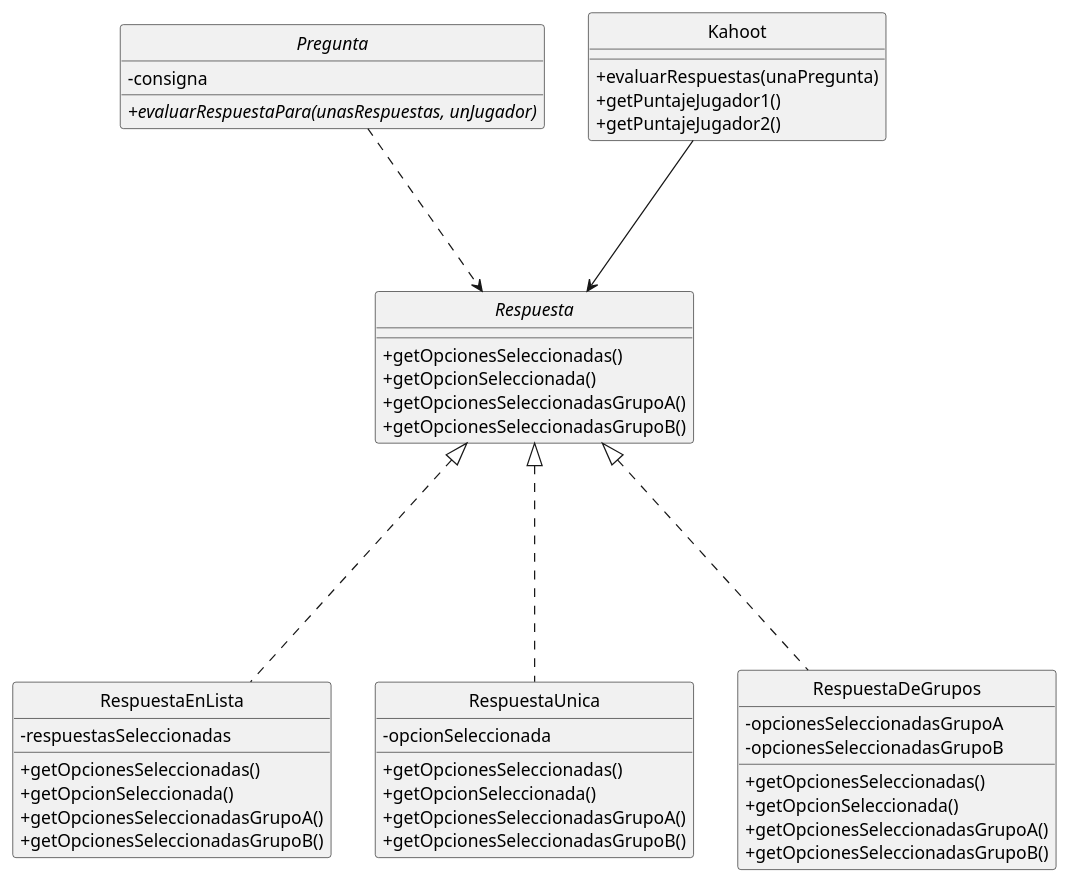
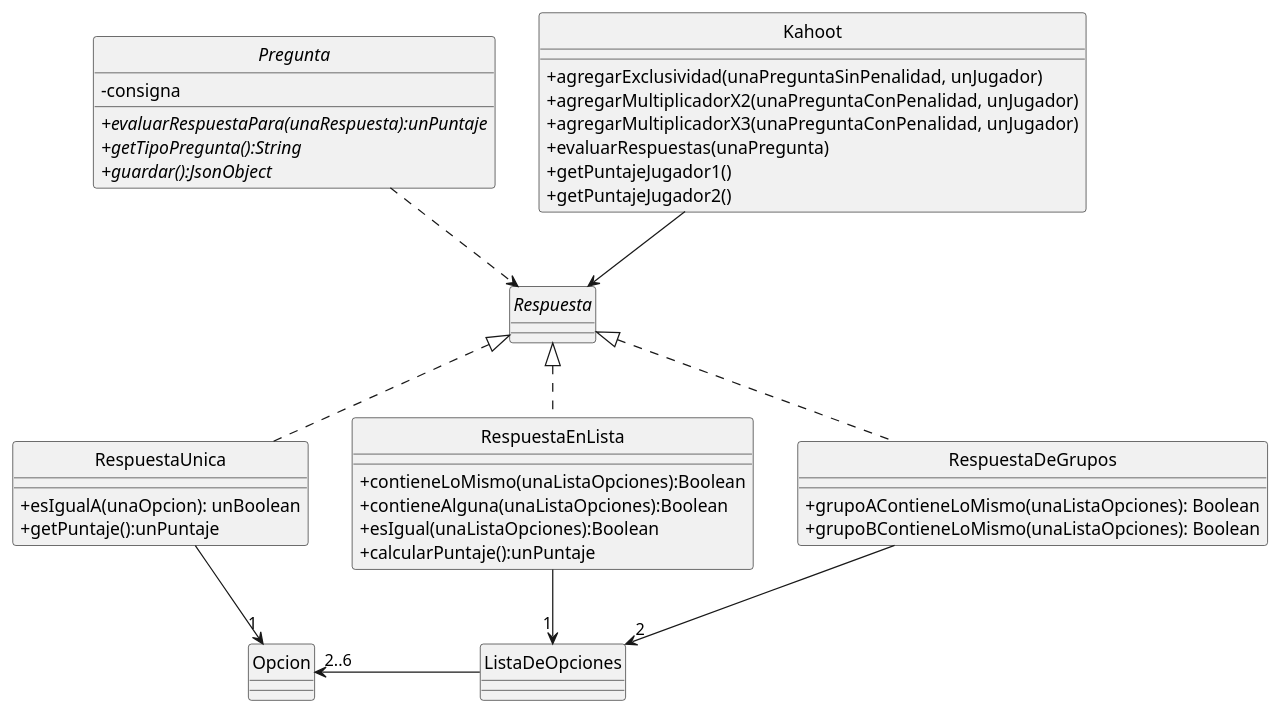
Before and after one commit to Tomymanoukian/AyPIII_TP2: the diagram in Diagramas/DDC-Respuestas.puml, drawn with PlantUML.

Commit message:
Hago el diagrama

```diff
--- a/Diagramas/DDC-Respuestas.puml
+++ b/Diagramas/DDC-Respuestas.puml
@@ -1,57 +1,59 @@
 @startuml
 
 skinparam classAttributeIconSize 0
 skinparam shadowing false
 hide circle
 
-Interface Respuesta {
-    +getOpcionesSeleccionadas()
-    +getOpcionSeleccionada()
-    +getOpcionesSeleccionadasGrupoA()
-    +getOpcionesSeleccionadasGrupoB()
+Interface Respuesta {}
+
+class RespuestaUnica{
+    +esIgualA(unaOpcion): unBoolean
+    +getPuntaje():unPuntaje
 }
 
 class RespuestaEnLista{
-    -respuestasSeleccionadas
-    +getOpcionesSeleccionadas()
-    +getOpcionSeleccionada()
-    +getOpcionesSeleccionadasGrupoA()
-    +getOpcionesSeleccionadasGrupoB()
-}
-
-class RespuestaUnica{
-    -opcionSeleccionada
-    +getOpcionesSeleccionadas()
-    +getOpcionSeleccionada()
-    +getOpcionesSeleccionadasGrupoA()
-    +getOpcionesSeleccionadasGrupoB()
+    +contieneLoMismo(unaListaOpciones):Boolean
+    +contieneAlguna(unaListaOpciones):Boolean
+    +esIgual(unaListaOpciones):Boolean
+    +calcularPuntaje():unPuntaje
 }
 
 class RespuestaDeGrupos{
-    -opcionesSeleccionadasGrupoA
-    -opcionesSeleccionadasGrupoB
-    +getOpcionesSeleccionadas()
-    +getOpcionSeleccionada()
-    +getOpcionesSeleccionadasGrupoA()
-    +getOpcionesSeleccionadasGrupoB()
+    +grupoAContieneLoMismo(unaListaOpciones): Boolean
+    +grupoBContieneLoMismo(unaListaOpciones): Boolean
 }
 
 abstract class Pregunta {
     -consigna
-    {abstract}+evaluarRespuestaPara(unasRespuestas, unJugador)
+    {abstract}+evaluarRespuestaPara(unaRespuesta):unPuntaje
+    {abstract}+getTipoPregunta():String
+    {abstract}+guardar():JsonObject
 }
 
 class Kahoot {
+    +agregarExclusividad(unaPreguntaSinPenalidad, unJugador)
+    +agregarMultiplicadorX2(unaPreguntaConPenalidad, unJugador)
+    +agregarMultiplicadorX3(unaPreguntaConPenalidad, unJugador)
     +evaluarRespuestas(unaPregunta)
     +getPuntajeJugador1()
     +getPuntajeJugador2()
 }
 
-Respuesta <|---. RespuestaDeGrupos
-Respuesta <|---. RespuestaEnLista
-Respuesta <|---. RespuestaUnica
+class ListaDeOpciones {}
 
-Pregunta .--> Respuesta
-Kahoot ---> Respuesta
+class Opcion {}
+
+Respuesta <|.. RespuestaDeGrupos
+Respuesta <|.. RespuestaEnLista
+Respuesta <|.. RespuestaUnica
+
+Pregunta ..> Respuesta
+Kahoot --> Respuesta
+
+RespuestaUnica --> "1" Opcion
+RespuestaEnLista --> "1" ListaDeOpciones
+RespuestaDeGrupos --> "2" ListaDeOpciones
+
+Opcion "2..6" <- ListaDeOpciones
 
 @enduml
```
